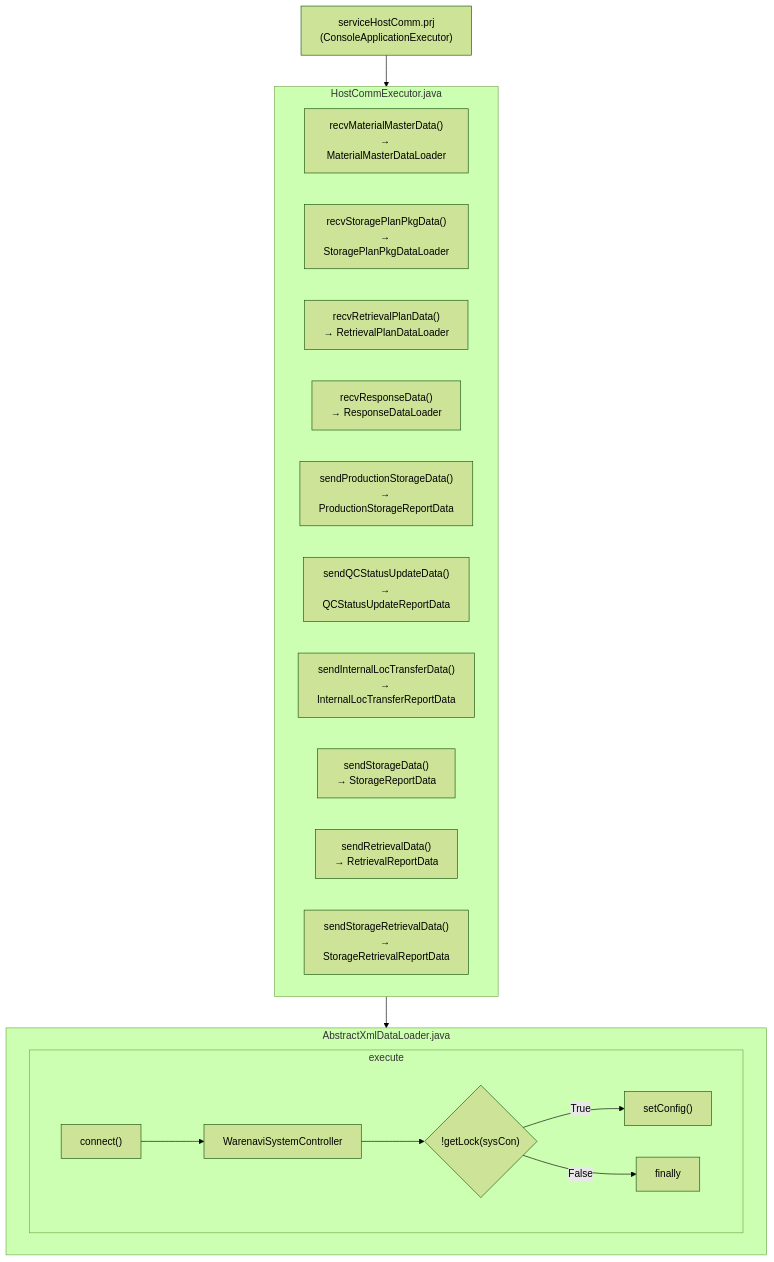
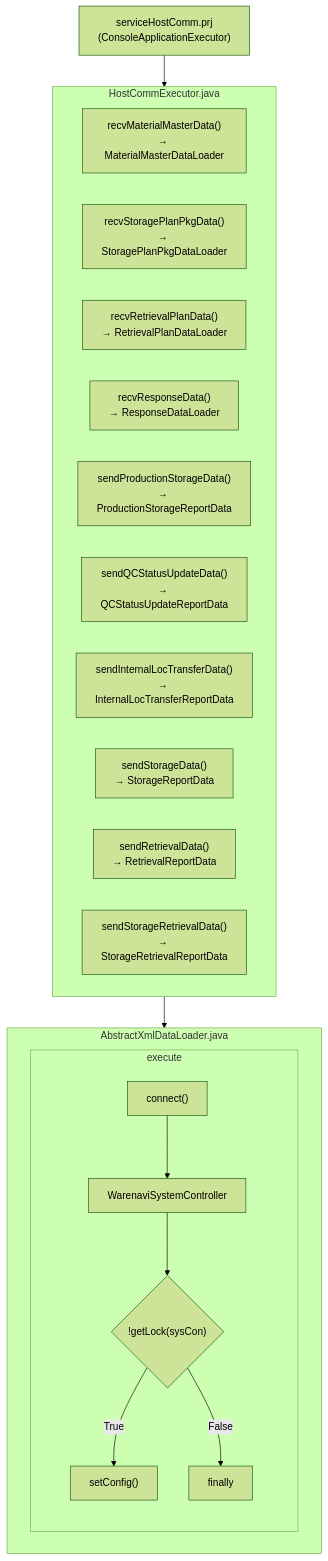
The diagram in Basic-Design/Host-Interfaces.md (luthfiadityaa/SimeDarby-Wiki), drawn with Mermaid (forest theme) before and after one commit.

Commit message:
Updated Host Interfaces

```diff
--- a/Basic-Design/Host-Interfaces.md
+++ b/Basic-Design/Host-Interfaces.md
@@ -30,39 +30,43 @@
 ::: mermaid
 flowchart TD
  C1["serviceHostComm.prj<br>(ConsoleApplicationExecutor)"]           
  C1 --> HostCommExecutor.java
  AbstractXmlDataLoader.java
  HostCommExecutor.java --> AbstractXmlDataLoader.java
 
 subgraph HostCommExecutor.java
  C2["recvMaterialMasterData()<br>→ MaterialMasterDataLoader"]
  C3["recvStoragePlanPkgData()<br>→ StoragePlanPkgDataLoader"]
  C4["recvRetrievalPlanData()<br>→ RetrievalPlanDataLoader"]
  C5["recvResponseData()<br>→ ResponseDataLoader"]
  C6["sendProductionStorageData()<br>→ ProductionStorageReportData"]
  C7["sendQCStatusUpdateData()<br>→ QCStatusUpdateReportData"]
  C8["sendInternalLocTransferData()<br>→ InternalLocTransferReportData"]
  C9["sendStorageData()<br>→ StorageReportData"]
  C10["sendRetrievalData()<br>→ RetrievalReportData"]
  C11["sendStorageRetrievalData()<br>→ StorageRetrievalReportData"]
 end
 
 subgraph AbstractXmlDataLoader.java
  execute        
 end
 
 subgraph execute
  C13["connect()"]
  C14["WarenaviSystemController"]
  
  Cond1{"!getLock(sysCon)"} 
 
  C15["finally"]
  C16["setConfig()"] 
 
  C13 --> C14 --> Cond1
  Cond1 --> |True| C16
  Cond1 --> |False| C15   
 end
 
+subgraph AbstractXmlDataLoader.java
+ execute        
+end
+
 :::
```
